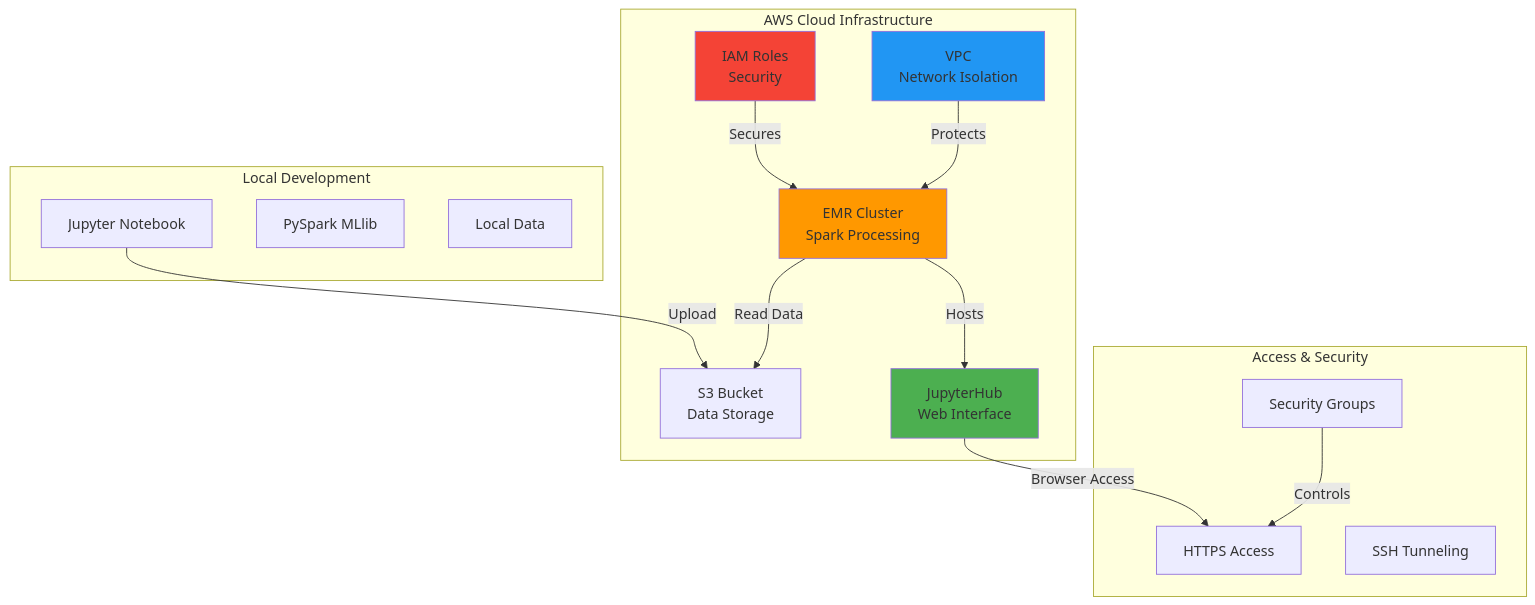
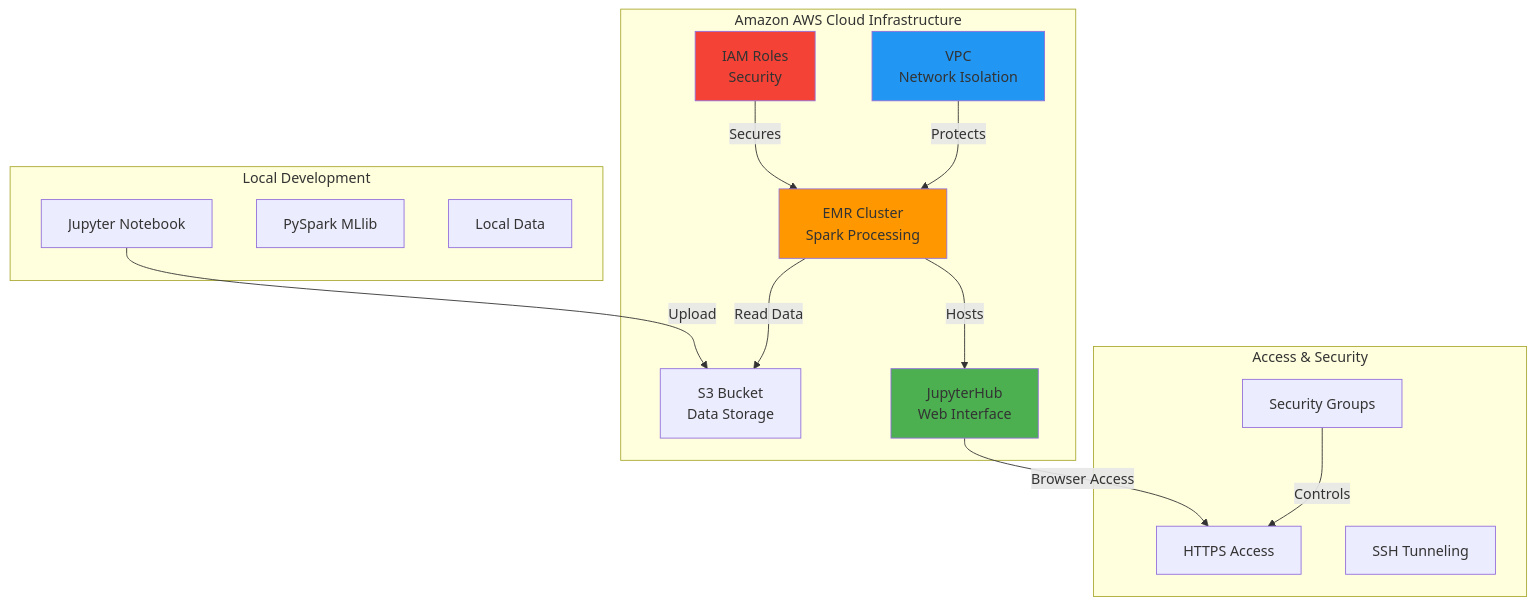
The fourth of 4 diagrams in Apache Spark/README.md (jylhakos/Data-Analysis-and-Visualizations), drawn with Mermaid before and after one commit. The commit also changed other lines of this file, not shown here.

Commit message:
Apache Spark & Amazon AWS

````diff
--- a/Apache Spark/README.md
+++ b/Apache Spark/README.md
@@ -232,35 +232,35 @@
 ```mermaid
 graph TB
     subgraph "Local Development"
         A[Jupyter Notebook]
         B[PySpark MLlib]
         C[Local Data]
     end
     
-    subgraph "AWS Cloud Infrastructure"
+    subgraph "Amazon AWS Cloud Infrastructure"
         D[S3 Bucket<br/>Data Storage]
         E[EMR Cluster<br/>Spark Processing]
         F[JupyterHub<br/>Web Interface]
         G[IAM Roles<br/>Security]
         H[VPC<br/>Network Isolation]
     end
     
     subgraph "Access & Security"
         I[HTTPS Access]
         J[SSH Tunneling]
         K[Security Groups]
     end
     
     A -->|Upload| D
     E -->|Read Data| D
     E -->|Hosts| F
     F -->|Browser Access| I
     G -->|Secures| E
     H -->|Protects| E
     K -->|Controls| I
     
     style E fill:#ff9800
     style F fill:#4caf50
     style G fill:#f44336
     style H fill:#2196f3
 ```
````
